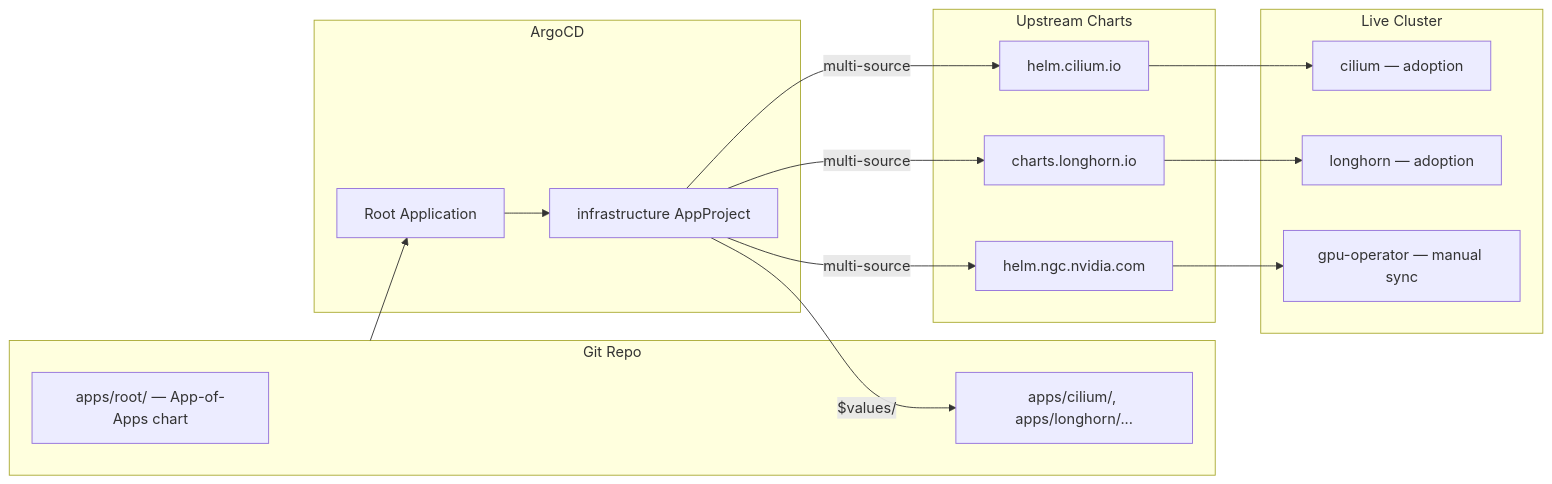
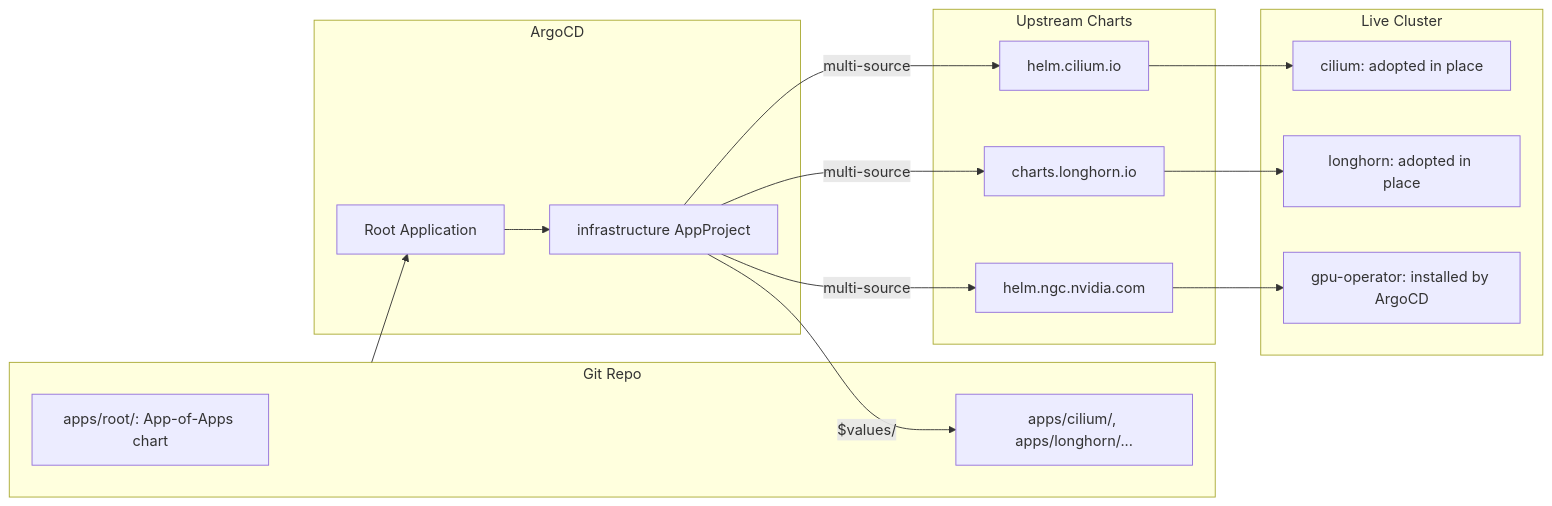
One commit to derio-net/frank changed the diagram in blog/content/docs/building/05-gitops/index.md. Above: the diagram before and after it, drawn with Mermaid. The commit also changed other lines of this file and 3 other files, not shown here.

````diff
--- a/blog/content/docs/building/05-gitops/index.md
+++ b/blog/content/docs/building/05-gitops/index.md
@@ -23,31 +25,31 @@
 ```mermaid
 flowchart LR
   subgraph Git[Git Repo]
-    Chart[apps/root/ — App-of-Apps chart]
+    Chart[apps/root/: App-of-Apps chart]
     Apps[apps/cilium/, apps/longhorn/...]
   end
   subgraph ArgoCD[ArgoCD]
     Root[Root Application]
     Project[infrastructure AppProject]
   end
   subgraph Upstream[Upstream Charts]
     CiliumCH[helm.cilium.io]
     LonghornCH[charts.longhorn.io]
     GPUCH[helm.ngc.nvidia.com]
   end
   subgraph Cluster[Live Cluster]
-    Cilium[cilium — adoption]
-    Longhorn[longhorn — adoption]
-    GPU[gpu-operator — manual sync]
+    Cilium[cilium: adopted in place]
+    Longhorn[longhorn: adopted in place]
+    GPU[gpu-operator: installed by ArgoCD]
   end
 
   Git --> Root
   Root --> Project
   Project -->|multi-source| CiliumCH
   Project -->|multi-source| LonghornCH
   Project -->|multi-source| GPUCH
   Project -->|$values/| Apps
   CiliumCH --> Cilium
   LonghornCH --> Longhorn
   GPUCH --> GPU
 ```
````
